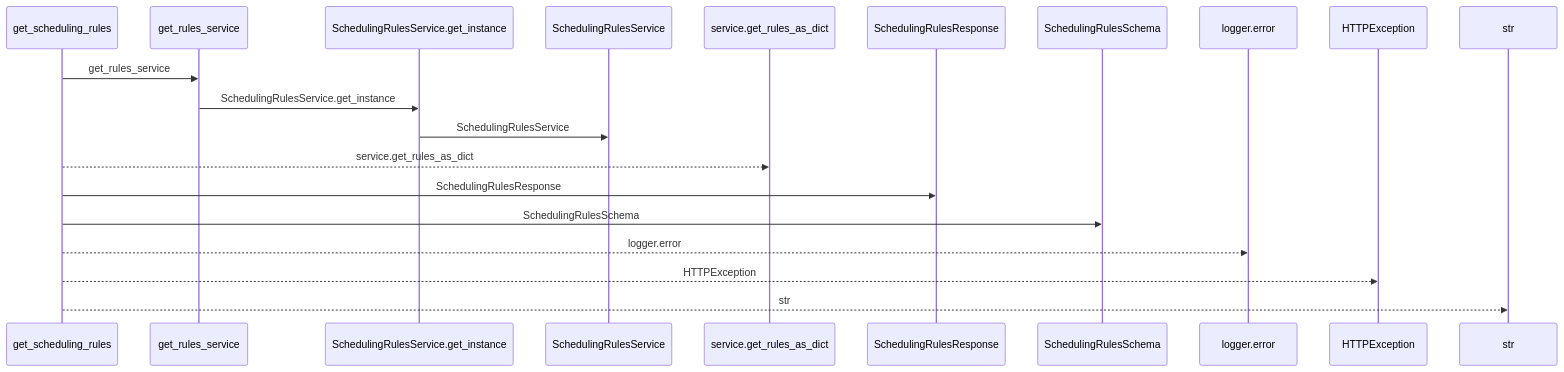
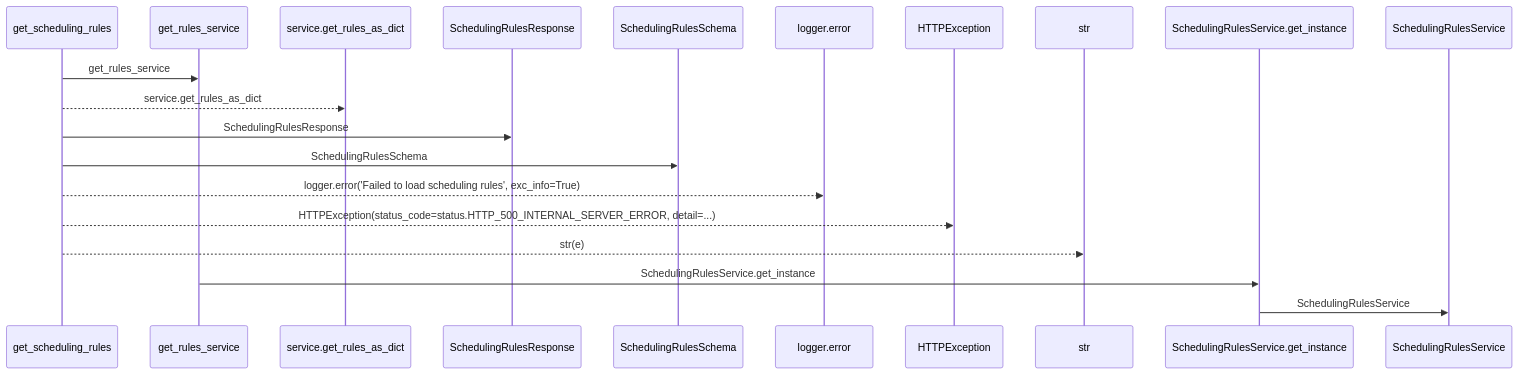
Before and after one commit to Denissvgn/WorkChord: the first of 2 diagrams in docs/llm_wiki/flows/http-get_scheduling_rules.md, drawn with Mermaid. The commit also changed other lines of this file and 25171 other files, not shown here.

````diff
--- a/docs/llm_wiki/flows/http-get_scheduling_rules.md
+++ b/docs/llm_wiki/flows/http-get_scheduling_rules.md
@@ -10,22 +12,22 @@
 ```mermaid
 sequenceDiagram
     participant p0 as get_scheduling_rules
     participant p1 as get_rules_service
-    participant p2 as SchedulingRulesService.get_instance
-    participant p3 as SchedulingRulesService
-    participant p4 as service.get_rules_as_dict
-    participant p5 as SchedulingRulesResponse
-    participant p6 as SchedulingRulesSchema
-    participant p7 as logger.error
-    participant p8 as HTTPException
-    participant p9 as str
+    participant p2 as service.get_rules_as_dict
+    participant p3 as SchedulingRulesResponse
+    participant p4 as SchedulingRulesSchema
+    participant p5 as logger.error
+    participant p6 as HTTPException
+    participant p7 as str
+    participant p8 as SchedulingRulesService.get_instance
+    participant p9 as SchedulingRulesService
     p0->>p1: get_rules_service
-    p1->>p2: SchedulingRulesService.get_instance
-    p2->>p3: SchedulingRulesService
-    p0-->>p4: service.get_rules_as_dict
-    p0->>p5: SchedulingRulesResponse
-    p0->>p6: SchedulingRulesSchema
-    p0-->>p7: logger.error
-    p0-->>p8: HTTPException
-    p0-->>p9: str
+    p0-->>p2: service.get_rules_as_dict
+    p0->>p3: SchedulingRulesResponse
+    p0->>p4: SchedulingRulesSchema
+    p0-->>p5: logger.error('Failed to load scheduling rules', exc_info=True)
+    p0-->>p6: HTTPException(status_code=status.HTTP_500_INTERNAL_SERVER_ERROR, detail=...)
+    p0-->>p7: str(e)
+    p1->>p8: SchedulingRulesService.get_instance
+    p8->>p9: SchedulingRulesService
 ```
````
